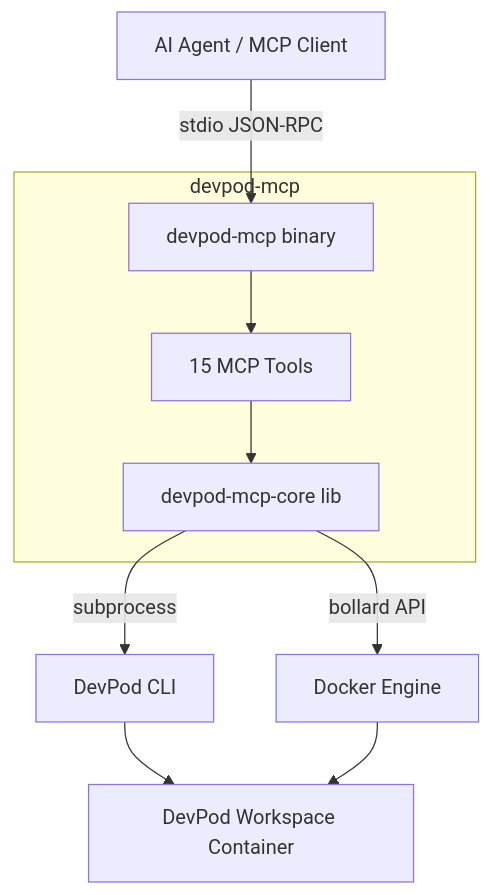
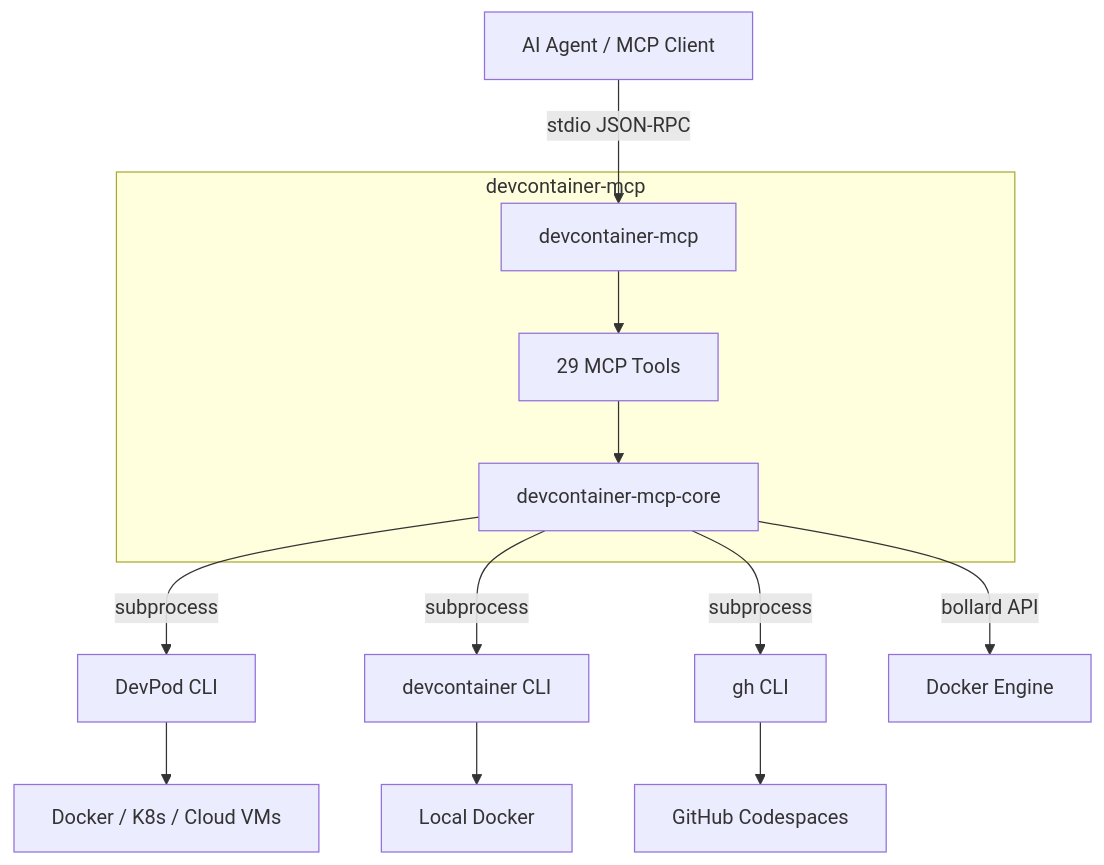
Before and after one commit to aniongithub/devpod-mcp: the diagram in README.md, drawn with Mermaid. The commit also changed other lines of this file and 21 other files, not shown here.

First line of the commit message:
refactor: rename to devcontainer-mcp, add devcontainer CLI and Codespaces backends

````diff
--- a/README.md
+++ b/README.md
@@ -25,15 +27,18 @@
 ```mermaid
 graph TD
-    A[AI Agent / MCP Client] -->|stdio JSON-RPC| B[devpod-mcp binary]
+    A[AI Agent / MCP Client] -->|stdio JSON-RPC| B[devcontainer-mcp]
     
-    subgraph "devpod-mcp"
-        B --> C[15 MCP Tools]
-        C --> D[devpod-mcp-core lib]
+    subgraph "devcontainer-mcp"
+        B --> C[29 MCP Tools]
+        C --> D[devcontainer-mcp-core]
     end
     
     D -->|subprocess| E[DevPod CLI]
-    D -->|bollard API| F[Docker Engine]
+    D -->|subprocess| F[devcontainer CLI]
+    D -->|subprocess| G[gh CLI]
+    D -->|bollard API| H[Docker Engine]
     
-    E --> G[DevPod Workspace Container]
-    F --> G
+    E --> I[Docker / K8s / Cloud VMs]
+    F --> J[Local Docker]
+    G --> K[GitHub Codespaces]
 ```
````
